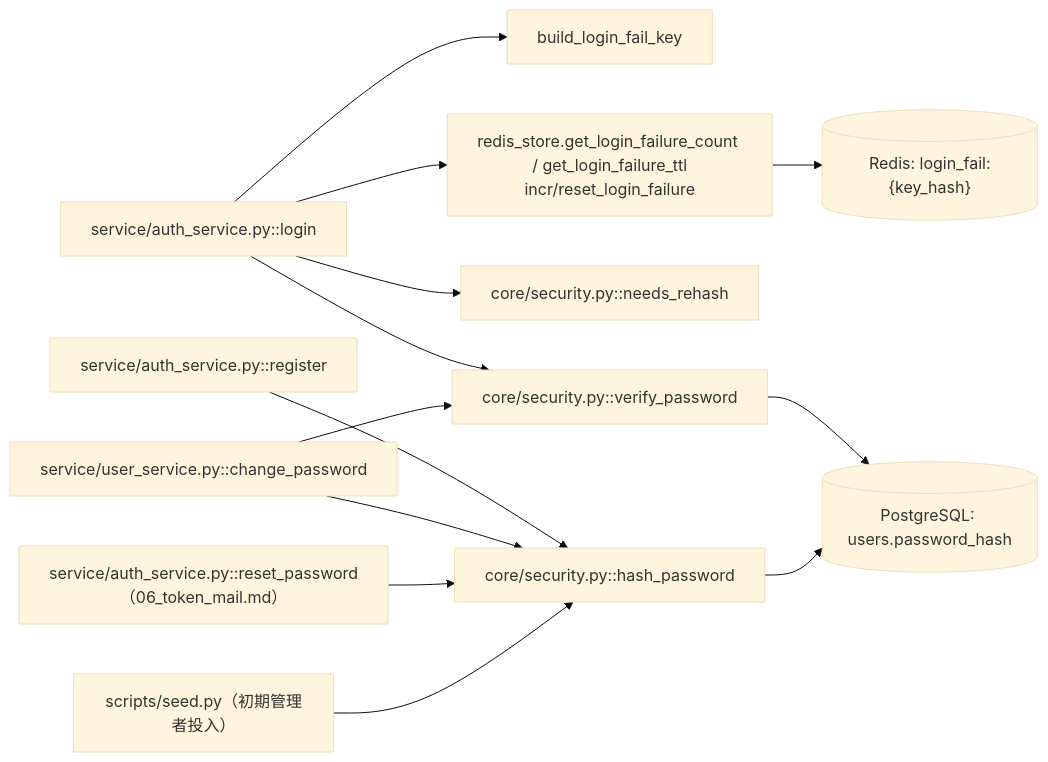
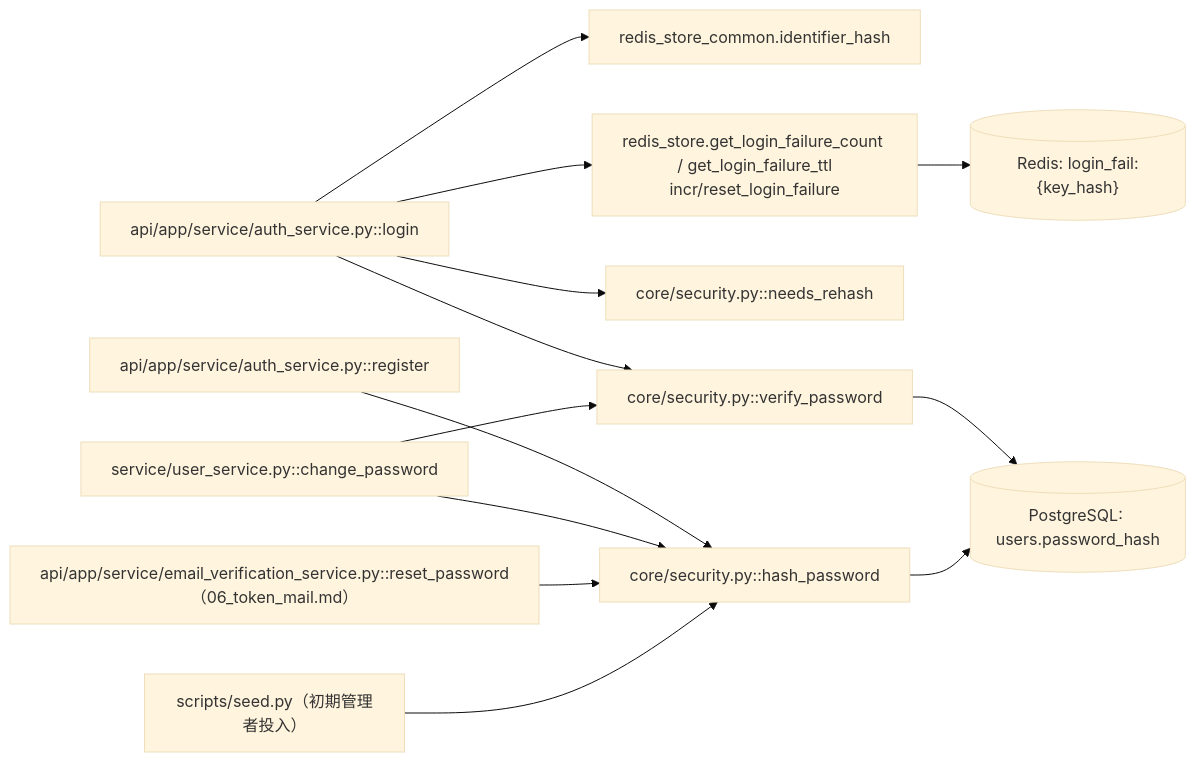
Before and after one commit to oikawa-d/task_management: the fifth of 5 diagrams in docs/detailed_design/auth/07_password_security.md, drawn with Mermaid (base theme). The commit also changed other lines of this file and 33 other files, not shown here.

````diff
--- a/docs/detailed_design/auth/07_password_security.md
+++ b/docs/detailed_design/auth/07_password_security.md
@@ -224,17 +224,17 @@
 ```mermaid
 flowchart LR
-    LOGINSVC["service/auth_service.py::login"] --> BUILDKEY["build_login_fail_key"]
+    LOGINSVC["api/app/service/auth_service.py::login"] --> BUILDKEY["redis_store_common.identifier_hash"]
     LOGINSVC --> SEC1["core/security.py::verify_password"]
     LOGINSVC --> SEC2["core/security.py::needs_rehash"]
     LOGINSVC --> RS1["redis_store.get_login_failure_count / get_login_failure_ttl<br/>incr/reset_login_failure"]
 
-    REGSVC["service/auth_service.py::register"] --> SEC3["core/security.py::hash_password"]
+    REGSVC["api/app/service/auth_service.py::register"] --> SEC3["core/security.py::hash_password"]
     PWCHANGESVC["service/user_service.py::change_password"] --> SEC1
     PWCHANGESVC --> SEC3
-    RESETPWSVC["service/auth_service.py::reset_password<br/>（06_token_mail.md）"] --> SEC3
+    RESETPWSVC["api/app/service/email_verification_service.py::reset_password<br/>（06_token_mail.md）"] --> SEC3
     SEEDSCRIPT["scripts/seed.py（初期管理者投入）"] --> SEC3
 
     RS1 --> RD[("Redis: login_fail:{key_hash}")]
     SEC1 --> USERSTBL[("PostgreSQL: users.password_hash")]
     SEC3 --> USERSTBL
 ```
````
